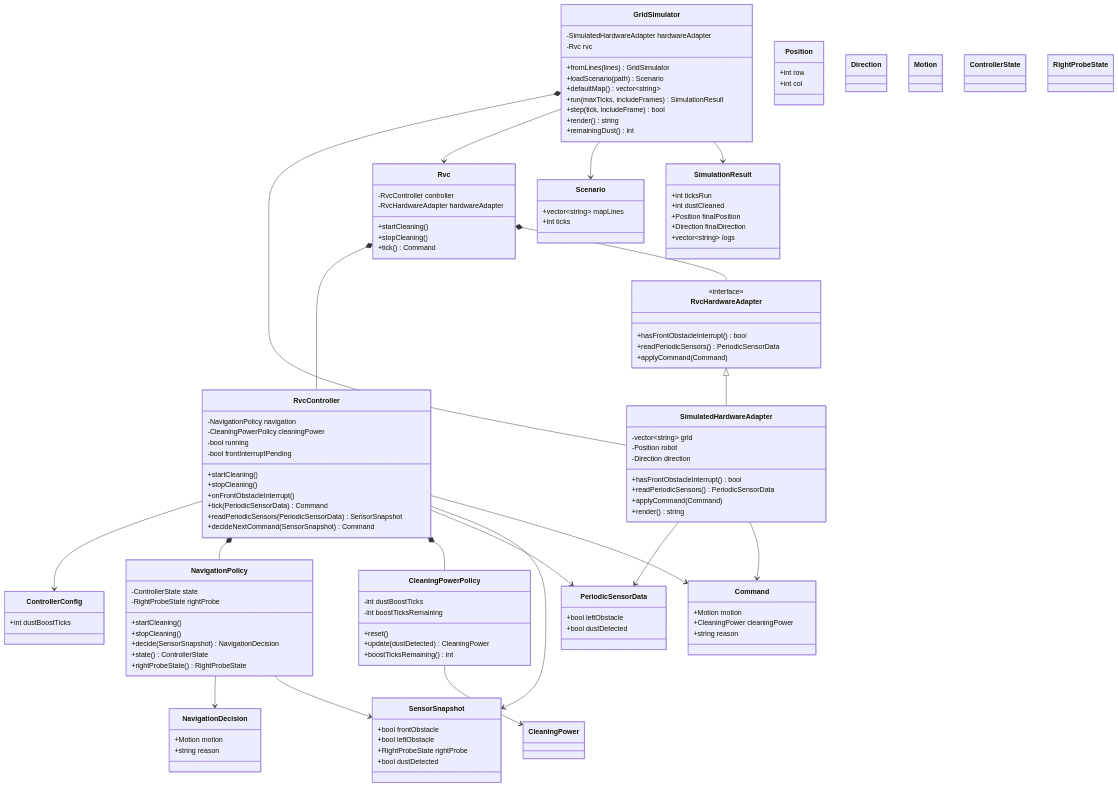
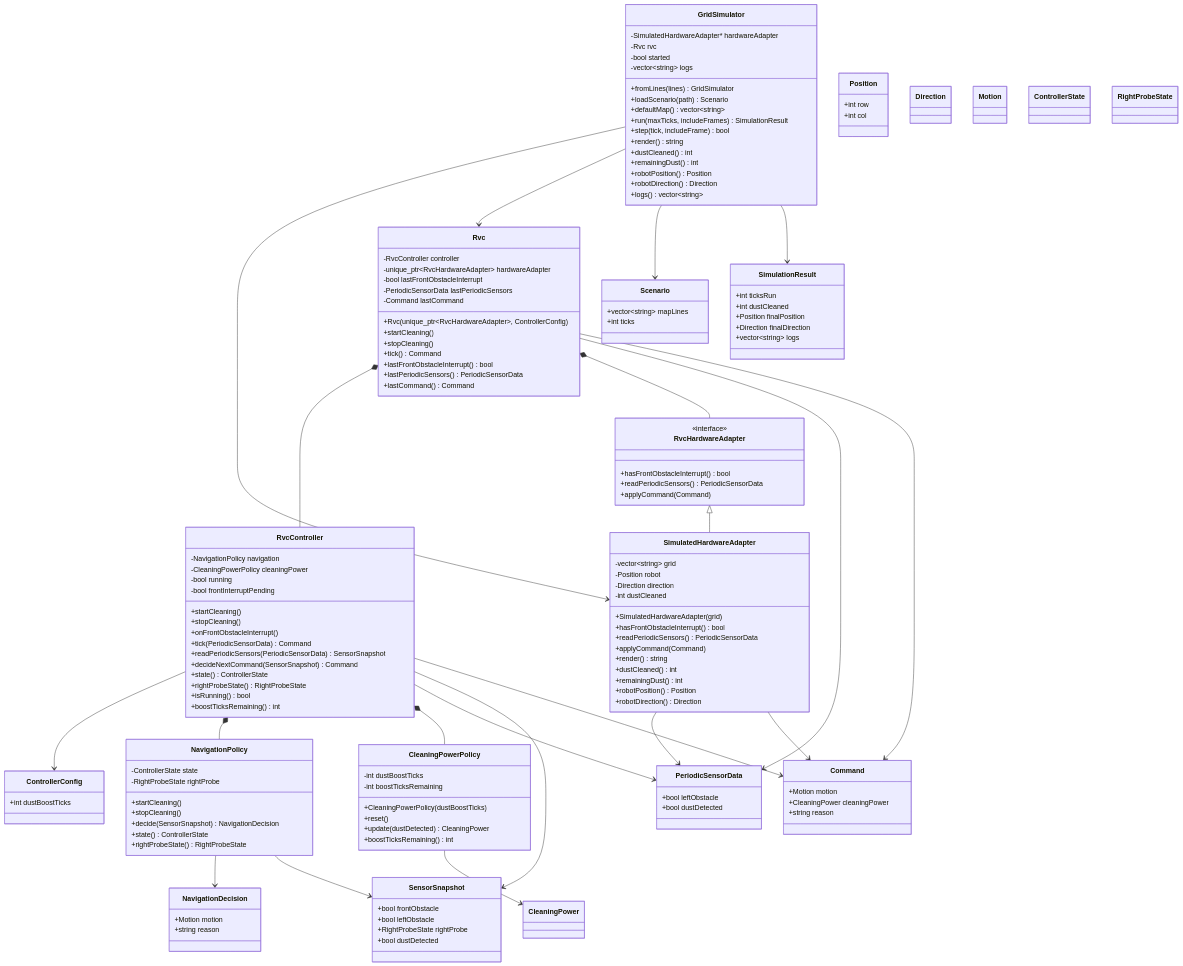
Before and after one commit to reload02/ooad-vibe: the diagram in docs/ood_class_diagram.md, drawn with Mermaid. The commit also changed 1 other file, not shown here.

Commit message:
Refactor class diagrams in SDD and OOD documents to incorporate new attributes and methods for Rvc, RvcController, and related classes

```diff
--- a/docs/ood_class_diagram.md
+++ b/docs/ood_class_diagram.md
@@ -13,10 +13,17 @@
 classDiagram
     class Rvc {
         -RvcController controller
-        -RvcHardwareAdapter hardwareAdapter
+        -unique_ptr~RvcHardwareAdapter~ hardwareAdapter
+        -bool lastFrontObstacleInterrupt
+        -PeriodicSensorData lastPeriodicSensors
+        -Command lastCommand
+        +Rvc(unique_ptr~RvcHardwareAdapter~, ControllerConfig)
         +startCleaning()
         +stopCleaning()
         +tick() Command
+        +lastFrontObstacleInterrupt() bool
+        +lastPeriodicSensors() PeriodicSensorData
+        +lastCommand() Command
     }
 
     class RvcController {
@@ -30,6 +37,10 @@
         +tick(PeriodicSensorData) Command
         +readPeriodicSensors(PeriodicSensorData) SensorSnapshot
         +decideNextCommand(SensorSnapshot) Command
+        +state() ControllerState
+        +rightProbeState() RightProbeState
+        +isRunning() bool
+        +boostTicksRemaining() int
     }
 
     class NavigationPolicy {
@@ -45,6 +56,7 @@
     class CleaningPowerPolicy {
         -int dustBoostTicks
         -int boostTicksRemaining
+        +CleaningPowerPolicy(dustBoostTicks)
         +reset()
         +update(dustDetected) CleaningPower
         +boostTicksRemaining() int
@@ -88,22 +100,34 @@
         -vector~string~ grid
         -Position robot
         -Direction direction
+        -int dustCleaned
+        +SimulatedHardwareAdapter(grid)
         +hasFrontObstacleInterrupt() bool
         +readPeriodicSensors() PeriodicSensorData
         +applyCommand(Command)
         +render() string
+        +dustCleaned() int
+        +remainingDust() int
+        +robotPosition() Position
+        +robotDirection() Direction
     }
 
     class GridSimulator {
-        -SimulatedHardwareAdapter hardwareAdapter
+        -SimulatedHardwareAdapter* hardwareAdapter
         -Rvc rvc
+        -bool started
+        -vector~string~ logs
         +fromLines(lines) GridSimulator
         +loadScenario(path) Scenario
         +defaultMap() vector~string~
         +run(maxTicks, includeFrames) SimulationResult
         +step(tick, includeFrame) bool
         +render() string
+        +dustCleaned() int
         +remainingDust() int
+        +robotPosition() Position
+        +robotDirection() Direction
+        +logs() vector~string~
     }
 
     class Scenario {
@@ -132,6 +156,8 @@
 
     Rvc *-- RvcController
     Rvc *-- RvcHardwareAdapter
+    Rvc --> PeriodicSensorData
+    Rvc --> Command
     RvcHardwareAdapter <|-- SimulatedHardwareAdapter
     SimulatedHardwareAdapter --> PeriodicSensorData
     SimulatedHardwareAdapter --> Command
@@ -144,7 +170,7 @@
     NavigationPolicy --> NavigationDecision
     NavigationPolicy --> SensorSnapshot
     CleaningPowerPolicy --> CleaningPower
-    GridSimulator *-- SimulatedHardwareAdapter
+    GridSimulator --> SimulatedHardwareAdapter
     GridSimulator --> Rvc
     GridSimulator --> Scenario
     GridSimulator --> SimulationResult
```
